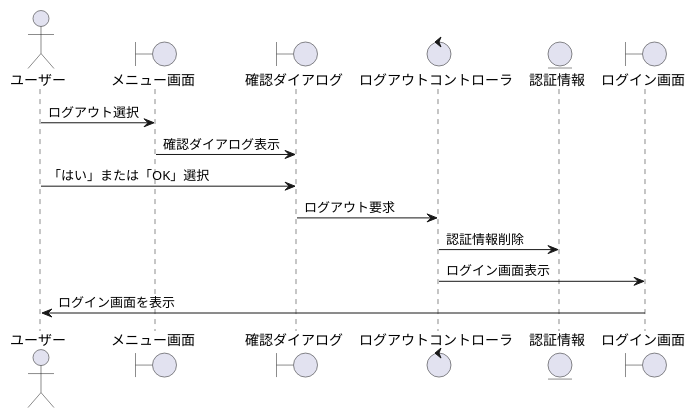
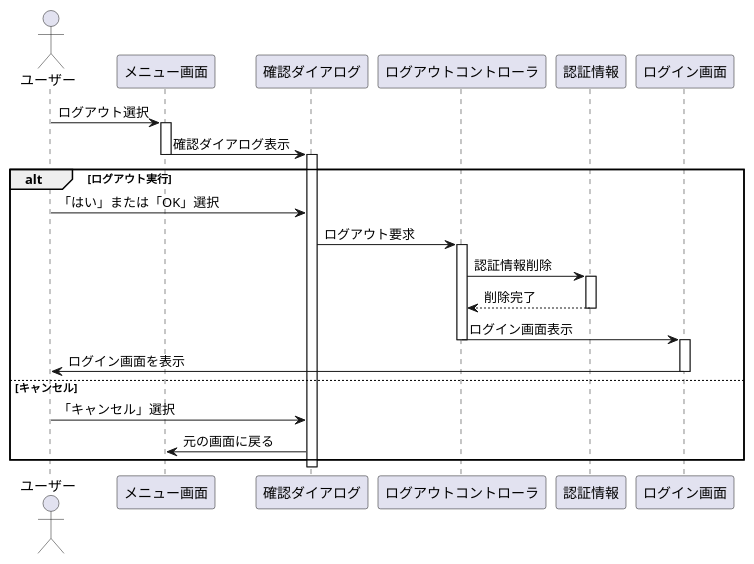
Before and after one commit to YoshinagaSho/ohara_uml: the diagram in group/07_web_visitor/sequence.pu, drawn with PlantUML. The commit also changed 5 other files, not shown here.

```diff
--- a/group/07_web_visitor/sequence.pu
+++ b/group/07_web_visitor/sequence.pu
@@ -1,17 +1,34 @@
 @startuml ログアウトシーケンス図
 actor ユーザー
-boundary メニュー画面
-boundary 確認ダイアログ
-control ログアウトコントローラ
-entity 認証情報
-boundary ログイン画面
+participant メニュー画面
+participant 確認ダイアログ
+participant ログアウトコントローラ
+participant 認証情報
+participant ログイン画面
 
 ユーザー -> メニュー画面 : ログアウト選択
+activate メニュー画面
 メニュー画面 -> 確認ダイアログ : 確認ダイアログ表示
-ユーザー -> 確認ダイアログ : 「はい」または「OK」選択
-確認ダイアログ -> ログアウトコントローラ : ログアウト要求
-ログアウトコントローラ -> 認証情報 : 認証情報削除
-ログアウトコントローラ -> ログイン画面 : ログイン画面表示
-ログイン画面 -> ユーザー : ログイン画面を表示
+deactivate メニュー画面
+activate 確認ダイアログ
+
+alt ログアウト実行
+    ユーザー -> 確認ダイアログ : 「はい」または「OK」選択
+    確認ダイアログ -> ログアウトコントローラ : ログアウト要求
+    activate ログアウトコントローラ
+    ログアウトコントローラ -> 認証情報 : 認証情報削除
+    activate 認証情報
+    認証情報 --> ログアウトコントローラ : 削除完了
+    deactivate 認証情報
+    ログアウトコントローラ -> ログイン画面 : ログイン画面表示
+    deactivate ログアウトコントローラ
+    activate ログイン画面
+    ログイン画面 -> ユーザー : ログイン画面を表示
+    deactivate ログイン画面
+else キャンセル
+    ユーザー -> 確認ダイアログ : 「キャンセル」選択
+    確認ダイアログ -> メニュー画面 : 元の画面に戻る
+end
+deactivate 確認ダイアログ
 
 @enduml
```
